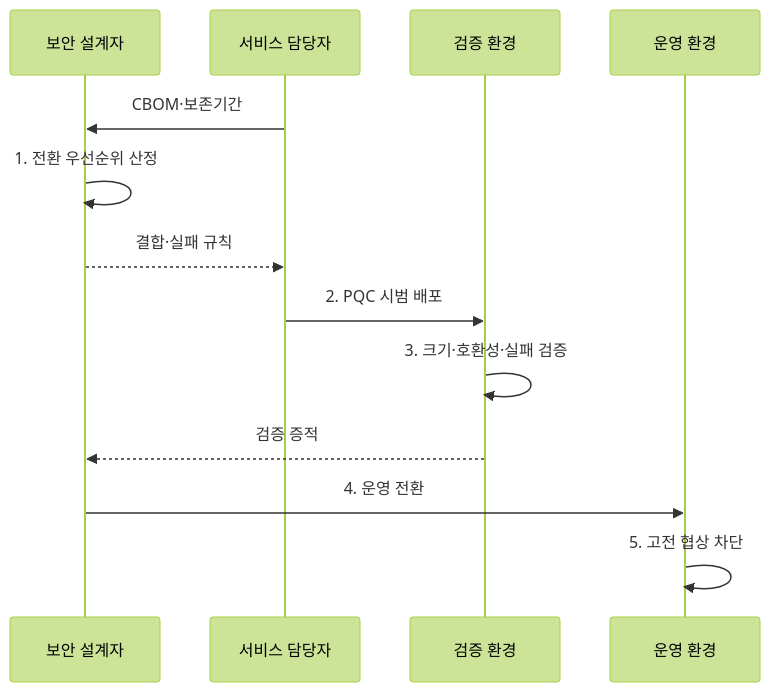
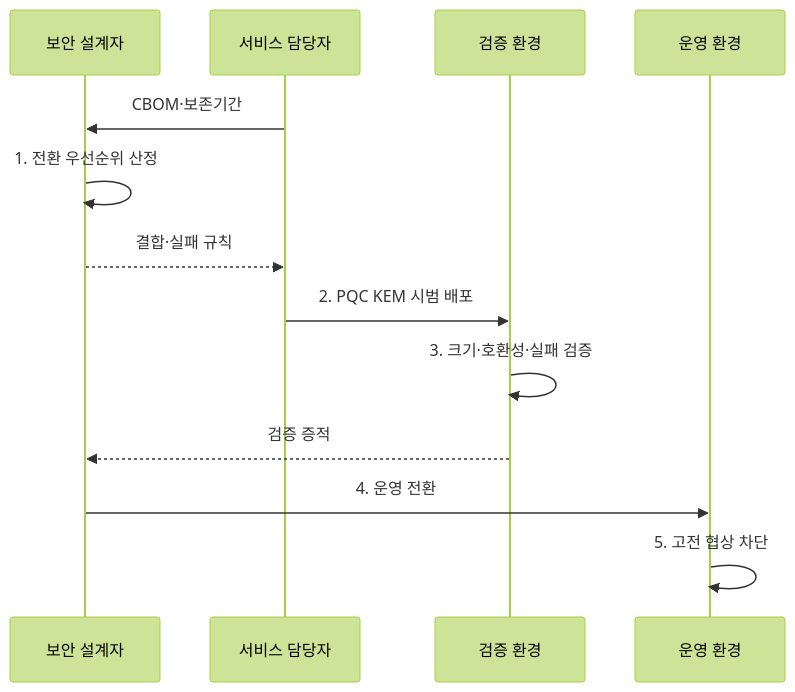
Before and after one commit to agnusdei1207/knowledge-base: the second of 2 diagrams in src/content/docs/notes/05-security/013_pqc_migration_hybrid.md, drawn with Mermaid (forest theme). The commit also changed other lines of this file and 4 other files, not shown here.

````diff
--- a/src/content/docs/notes/05-security/013_pqc_migration_hybrid.md
+++ b/src/content/docs/notes/05-security/013_pqc_migration_hybrid.md
@@ -103,15 +104,15 @@
 ```mermaid
 sequenceDiagram
     participant A as 보안 설계자
     participant O as 서비스 담당자
     participant T as 검증 환경
     participant P as 운영 환경
     O->>A: CBOM·보존기간
     A->>A: 1. 전환 우선순위 산정
     A-->>O: 결합·실패 규칙
-    O->>T: 2. PQC 시범 배포
+    O->>T: 2. PQC KEM 시범 배포
     T->>T: 3. 크기·호환성·실패 검증
     T-->>A: 검증 증적
     A->>P: 4. 운영 전환
     P->>P: 5. 고전 협상 차단
 ```
````
